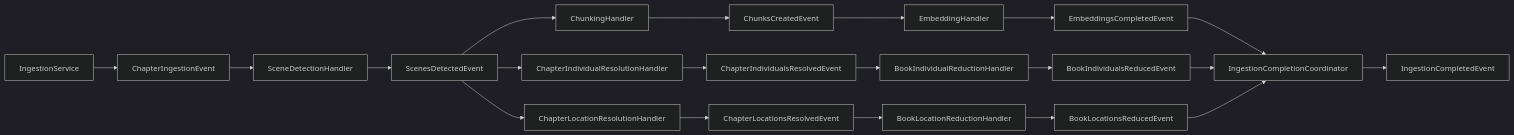
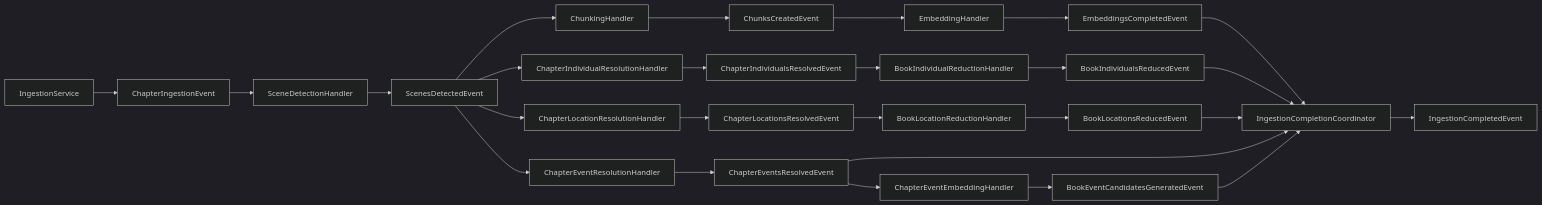
One commit to chaixdev/lorevault-kb changed the diagram in docs/patterns/ingestion/entity-resolution-ladder.md. Above: the diagram before and after it, drawn with Mermaid (dark theme). The commit also changed other lines of this file and 1 other file, not shown here.

Commit message:
docs(ingestion): document five-event Stage 4 fan-in

````diff
--- a/docs/patterns/ingestion/entity-resolution-ladder.md
+++ b/docs/patterns/ingestion/entity-resolution-ladder.md
@@ -188,26 +189,33 @@
 ```mermaid
 graph LR
     Submit["IngestionService"] --> ChapterEvt["ChapterIngestionEvent"]
     ChapterEvt --> Detect["SceneDetectionHandler"]
     Detect --> ScenesEvt["ScenesDetectedEvent"]
 
     ScenesEvt --> Chunking["ChunkingHandler"]
     Chunking --> ChunksEvt["ChunksCreatedEvent"]
     ChunksEvt --> Embedding["EmbeddingHandler"]
     Embedding --> EmbeddingsDone["EmbeddingsCompletedEvent"]
 
     ScenesEvt --> ChapterResolveInd["ChapterIndividualResolutionHandler"]
     ChapterResolveInd --> ChapterResolvedInd["ChapterIndividualsResolvedEvent"]
     ChapterResolvedInd --> BookReduceInd["BookIndividualReductionHandler"]
     BookReduceInd --> BookReducedInd["BookIndividualsReducedEvent"]
 
     ScenesEvt --> ChapterResolveLoc["ChapterLocationResolutionHandler"]
     ChapterResolveLoc --> ChapterResolvedLoc["ChapterLocationsResolvedEvent"]
     ChapterResolvedLoc --> BookReduceLoc["BookLocationReductionHandler"]
     BookReduceLoc --> BookReducedLoc["BookLocationsReducedEvent"]
 
+    ScenesEvt --> ChapterResolveEvt["ChapterEventResolutionHandler"]
+    ChapterResolveEvt --> ChapterResolvedEvt["ChapterEventsResolvedEvent"]
+    ChapterResolvedEvt --> EventEmbedding["ChapterEventEmbeddingHandler"]
+    EventEmbedding --> BookEventCandidates["BookEventCandidatesGeneratedEvent"]
+
     EmbeddingsDone --> Complete["IngestionCompletionCoordinator"]
     BookReducedInd --> Complete
     BookReducedLoc --> Complete
+    ChapterResolvedEvt --> Complete
+    BookEventCandidates --> Complete
     Complete --> Done["IngestionCompletedEvent"]
 ```
````
